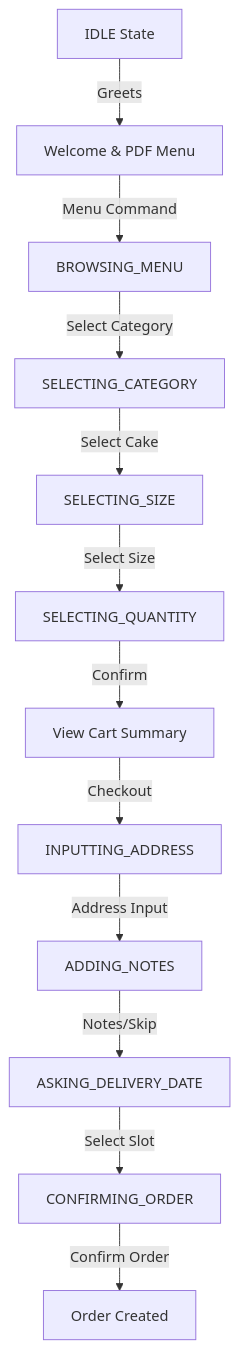
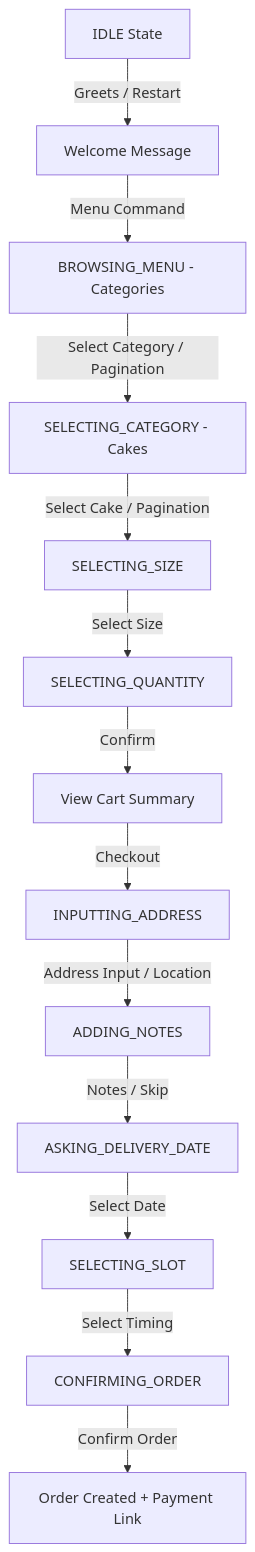
The first of 2 diagrams in docs/whatsapp-bot/state-machine.md (SoumyaAmminabhavi/Sonnas), drawn with Mermaid before and after one commit. The commit also changed other lines of this file and 4 other files, not shown here.

````diff
--- a/docs/whatsapp-bot/state-machine.md
+++ b/docs/whatsapp-bot/state-machine.md
@@ -8,15 +8,16 @@
 ```mermaid
 graph TD
-    IDLE[IDLE State] -->|Greets| WELCOME[Welcome & PDF Menu]
-    WELCOME -->|Menu Command| BROWSING[BROWSING_MENU]
-    BROWSING -->|Select Category| CATEGORY[SELECTING_CATEGORY]
-    CATEGORY -->|Select Cake| SIZE[SELECTING_SIZE]
+    IDLE[IDLE State] -->|Greets / Restart| WELCOME[Welcome Message]
+    WELCOME -->|Menu Command| BROWSING[BROWSING_MENU - Categories]
+    BROWSING -->|Select Category / Pagination| CATEGORY[SELECTING_CATEGORY - Cakes]
+    CATEGORY -->|Select Cake / Pagination| SIZE[SELECTING_SIZE]
     SIZE -->|Select Size| QUANTITY[SELECTING_QUANTITY]
     QUANTITY -->|Confirm| CART[View Cart Summary]
     
     CART -->|Checkout| ADDRESS[INPUTTING_ADDRESS]
-    ADDRESS -->|Address Input| NOTES[ADDING_NOTES]
-    NOTES -->|Notes/Skip| SLOT[ASKING_DELIVERY_DATE]
-    SLOT -->|Select Slot| CONFIRM[CONFIRMING_ORDER]
-    CONFIRM -->|Confirm Order| COMPLETE[Order Created]
+    ADDRESS -->|Address Input / Location| NOTES[ADDING_NOTES]
+    NOTES -->|Notes / Skip| DATE[ASKING_DELIVERY_DATE]
+    DATE -->|Select Date| SLOT[SELECTING_SLOT]
+    SLOT -->|Select Timing| CONFIRM[CONFIRMING_ORDER]
+    CONFIRM -->|Confirm Order| COMPLETE[Order Created + Payment Link]
 ```
````
